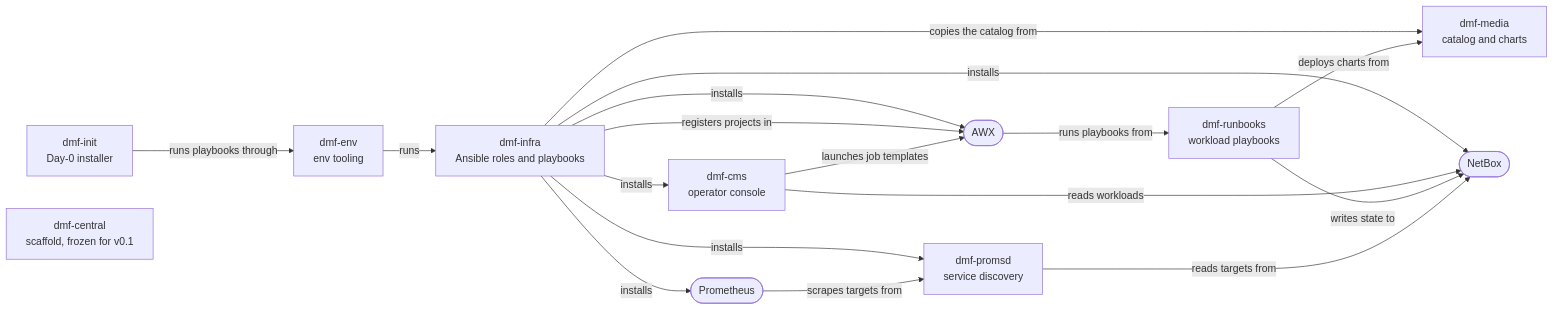
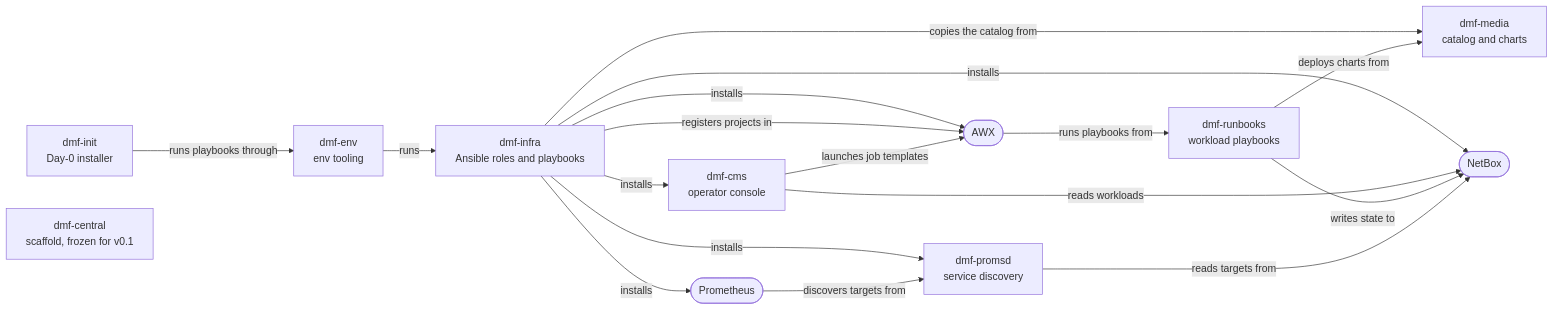
One commit to dmfdeploy/dmfdeploy changed the diagram in README.md. Above: the diagram before and after it, drawn with Mermaid. The commit also changed other lines of this file and 1 other file, not shown here.

````diff
--- a/README.md
+++ b/README.md
@@ -63,15 +63,15 @@
 ```mermaid
 flowchart LR
   init["dmf-init<br/>Day-0 installer"] -->|"runs playbooks through"| env["dmf-env<br/>env tooling"] -->|"runs"| infra["dmf-infra<br/>Ansible roles and playbooks"]
   infra -->|"installs"| cms["dmf-cms<br/>operator console"] & promsd["dmf-promsd<br/>service discovery"] & awx(["AWX"]) & netbox(["NetBox"]) & prom(["Prometheus"])
   infra -->|"copies the catalog from"| media["dmf-media<br/>catalog and charts"]
   infra -->|"registers projects in"| awx
   cms -->|"launches job templates"| awx
   cms -->|"reads workloads"| netbox
   awx -->|"runs playbooks from"| runbooks["dmf-runbooks<br/>workload playbooks"]
   runbooks -->|"deploys charts from"| media
   runbooks -->|"writes state to"| netbox
   promsd -->|"reads targets from"| netbox
-  prom -->|"scrapes targets from"| promsd
+  prom -->|"discovers targets from"| promsd
   central["dmf-central<br/>scaffold, frozen for v0.1"]
 ```
````
